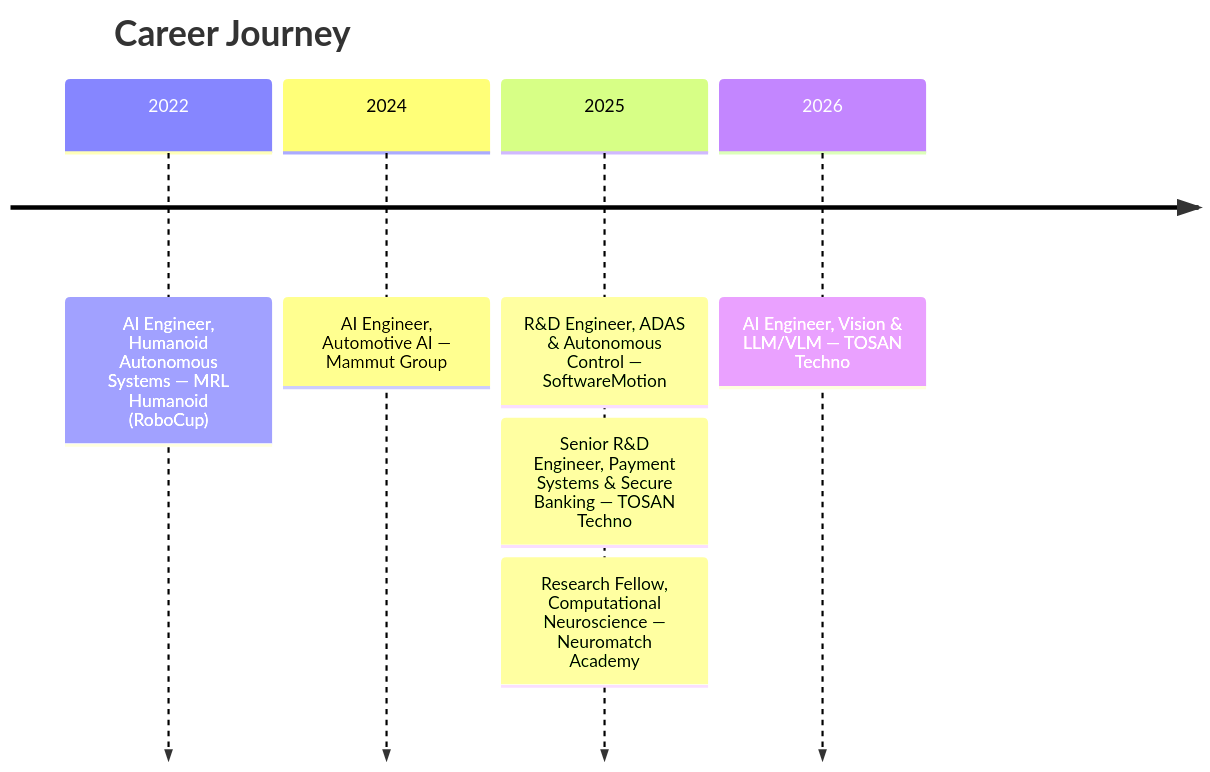
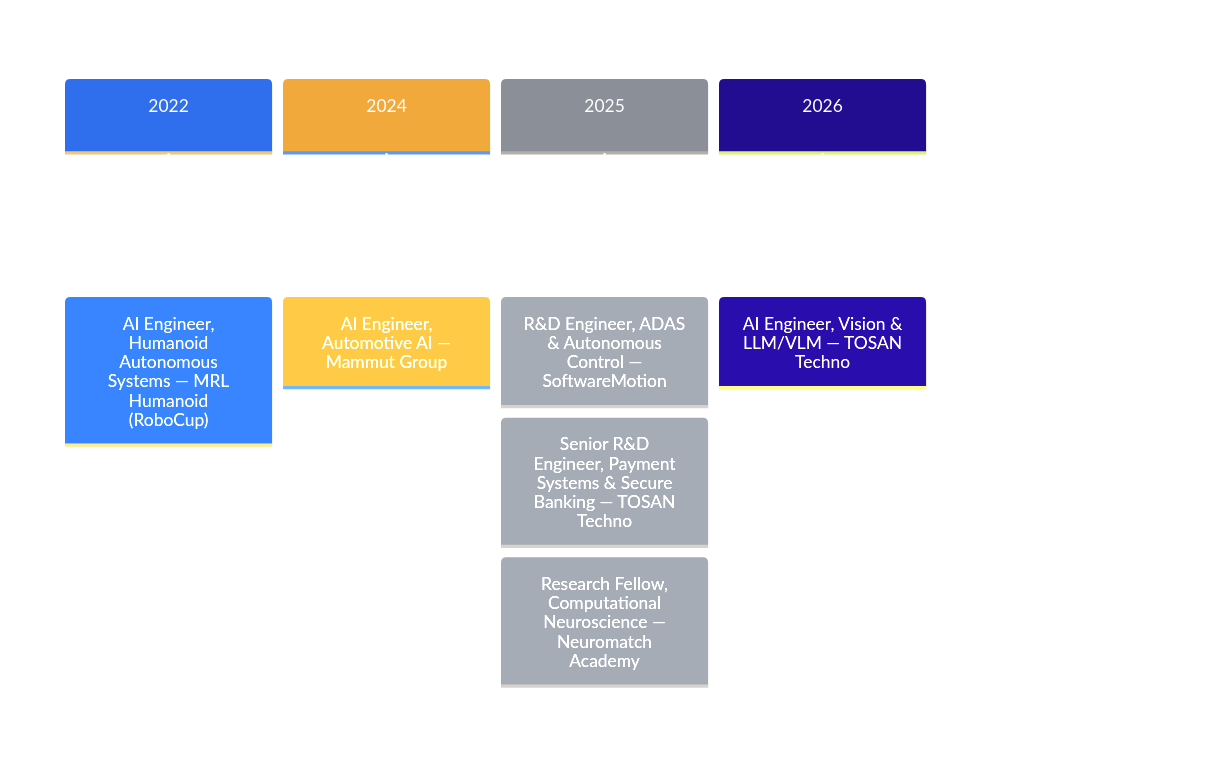
Before and after one commit to Awrsha/Awrsha: the first of 3 diagrams in README.md, drawn with Mermaid. The commit also changed other lines of this file, not shown here.

````diff
--- a/README.md
+++ b/README.md
@@ -92,10 +92,11 @@
 ```mermaid
+%%{init: {'theme': 'base', 'themeVariables': {'primaryColor': '#2F6FED', 'primaryTextColor': '#FFFFFF', 'primaryBorderColor': '#F2A93B', 'lineColor': '#8A8F98', 'secondaryColor': '#0B0B0F', 'tertiaryColor': '#FFFFFF', 'background': '#0B0B0F', 'cScale0': '#2F6FED', 'cScale1': '#F2A93B', 'cScale2': '#8A8F98'}}}%%
 timeline
     title Career Journey
     2022 : AI Engineer, Humanoid Autonomous Systems — MRL Humanoid (RoboCup)
     2024 : AI Engineer, Automotive AI — Mammut Group
     2025 : R&D Engineer, ADAS & Autonomous Control — SoftwareMotion
          : Senior R&D Engineer, Payment Systems & Secure Banking — TOSAN Techno
          : Research Fellow, Computational Neuroscience — Neuromatch Academy
     2026 : AI Engineer, Vision & LLM/VLM — TOSAN Techno
 ```
````
